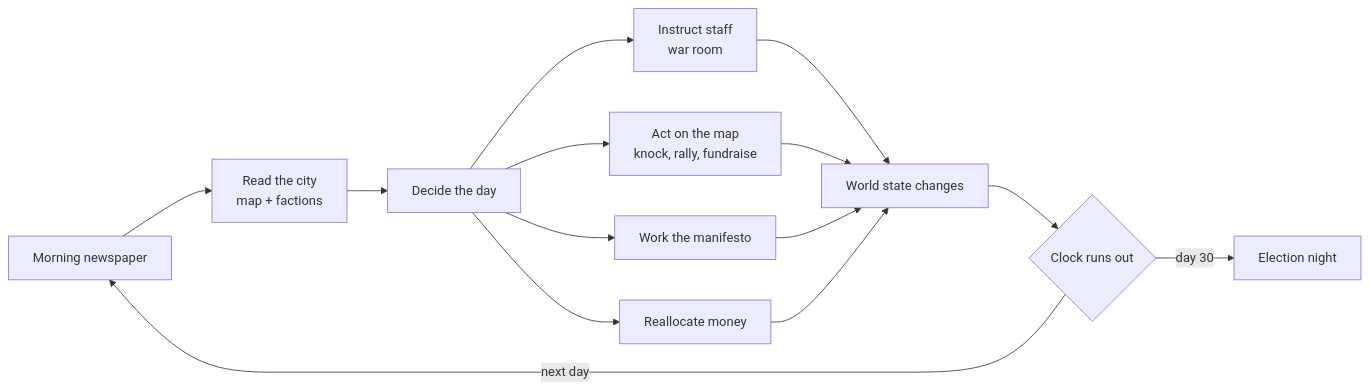
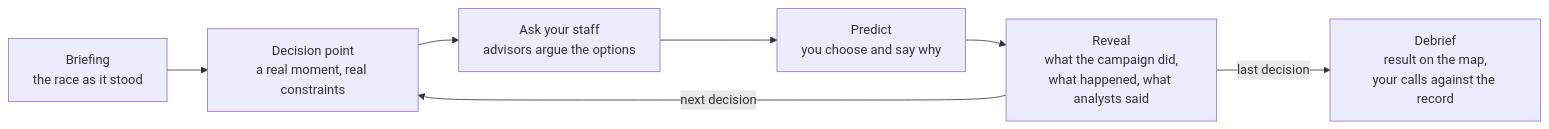
The diagram in README.md (Devaj6190/campaign_academy), drawn with Mermaid before and after one commit. The commit also changed other lines of this file and 1 other file, not shown here.

Commit message:
Pivot the idea to real case studies; add the case-file format

````diff
--- a/README.md
+++ b/README.md
@@ -33,16 +29,9 @@
 ```mermaid
 flowchart LR
-    N[Morning newspaper] --> R[Read the city<br/>map + factions]
-    R --> D[Decide the day]
-    D --> S[Instruct staff<br/>war room]
-    D --> M[Act on the map<br/>knock, rally, fundraise]
-    D --> P[Work the manifesto]
-    D --> B[Reallocate money]
-    S --> W[World state changes]
-    M --> W
-    P --> W
-    B --> W
-    W --> C{Clock runs out}
-    C -->|next day| N
-    C -->|day 30| E[Election night]
+    B[Briefing<br/>the race as it stood] --> D[Decision point<br/>a real moment, real constraints]
+    D --> A[Ask your staff<br/>advisors argue the options]
+    A --> P[Predict<br/>you choose and say why]
+    P --> R[Reveal<br/>what the campaign did,<br/>what happened, what analysts said]
+    R -->|next decision| D
+    R -->|last decision| F[Debrief<br/>result on the map,<br/>your calls against the record]
 ```
````
